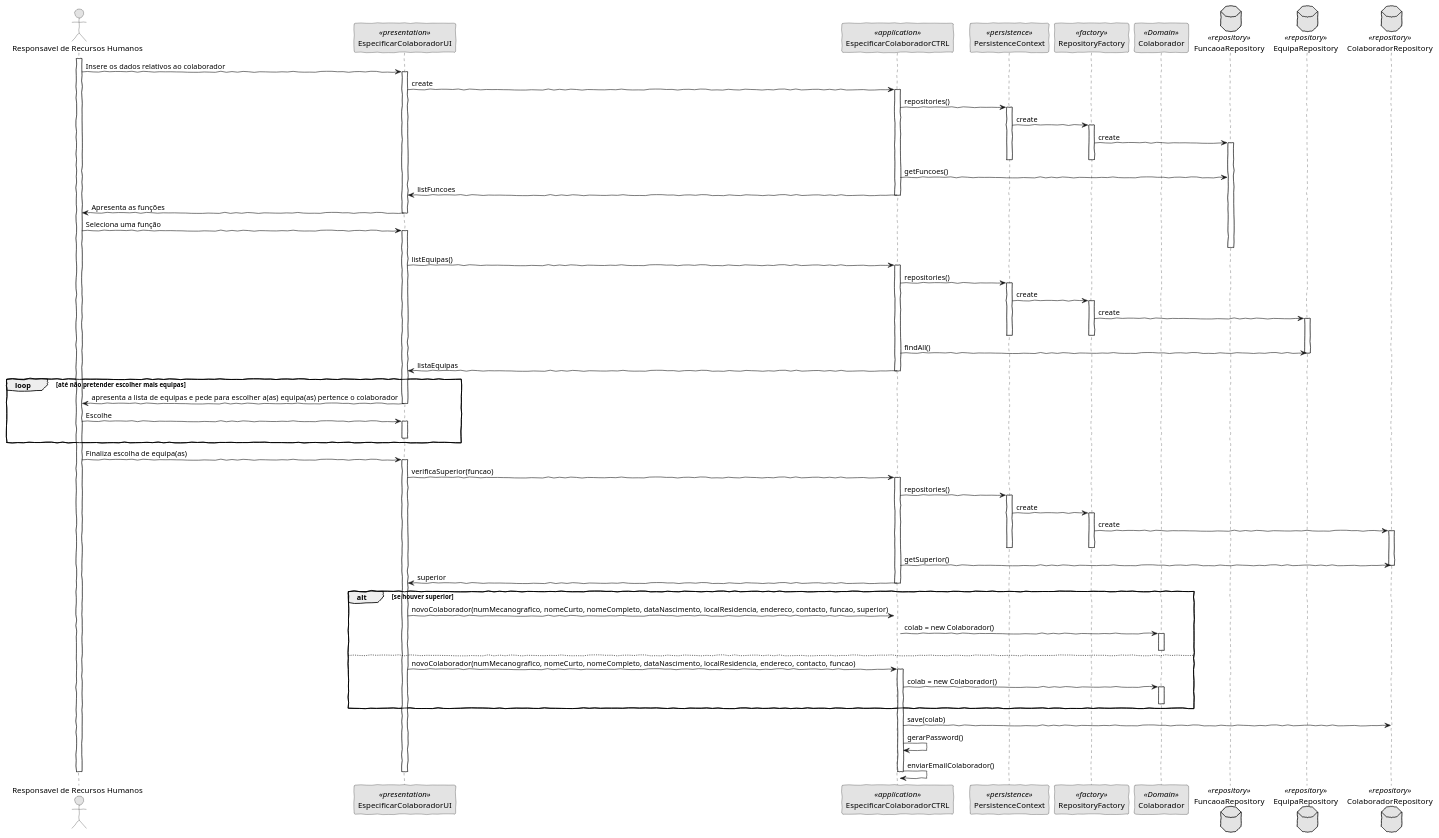
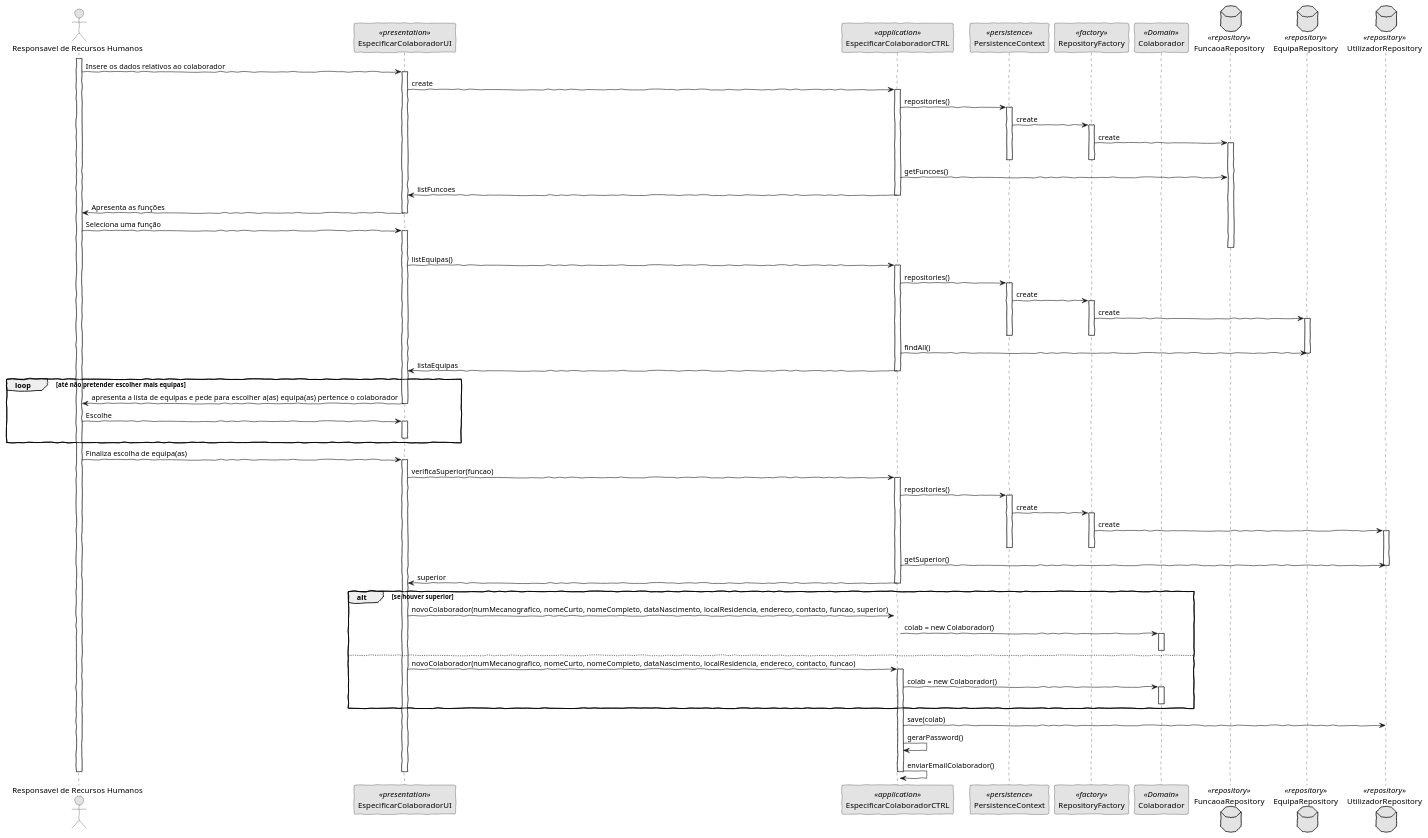
One commit to pedrolemos4/LAPR4 changed the diagram in docs/US2051/SD_Responsavel_Recursos_Humanos.puml. Above: the diagram before and after it, drawn with PlantUML. The commit also changed 3 other files, not shown here.

```diff
--- a/docs/US2051/SD_Responsavel_Recursos_Humanos.puml
+++ b/docs/US2051/SD_Responsavel_Recursos_Humanos.puml
@@ -1,102 +1,102 @@
 @startuml
 'http://plantuml.com/skinparam.html
 skinparam handwritten true
 skinparam monochrome true
 skinparam packageStyle rect
 skinparam defaultFontName FG Virgil
 skinparam shadowing false
 
 Actor "Responsavel de Recursos Humanos" as Actor
 participant EspecificarColaboradorUI as UI <<presentation>>
 participant EspecificarColaboradorCTRL as Controller <<application>>
 participant PersistenceContext as Persistence <<persistence>>
 participant RepositoryFactory as Factory <<factory>>
 participant Colaborador as Colaborador <<Domain>>
 database FuncaoaRepository as FRepository <<repository>>
 database EquipaRepository as ERepository <<repository>>
-database ColaboradorRepository as CRepository <<repository>>
+database UtilizadorRepository as CRepository <<repository>>
 
 
 activate Actor
       Actor -> UI: Insere os dados relativos ao colaborador
     activate UI
       UI -> Controller: create
     activate Controller
       Controller -> Persistence: repositories()
     activate Persistence
       Persistence -> Factory: create
     activate Factory
       Factory -> FRepository: create
     activate FRepository
     deactivate Factory
     deactivate Persistence
       Controller -> FRepository: getFuncoes()
       Controller -> UI: listFuncoes
     deactivate Controller
       UI -> Actor: Apresenta as funções
     deactivate UI
       Actor -> UI: Seleciona uma função
     activate UI
     deactivate FRepository
        UI -> Controller: listEquipas()
     activate Controller
       Controller -> Persistence: repositories()
     activate Persistence
       Persistence -> Factory: create
     activate Factory
       Factory -> ERepository: create
     activate ERepository
     deactivate Factory
     deactivate Persistence
       Controller -> ERepository: findAll()
     deactivate ERepository
       Controller -> UI: listaEquipas
     deactivate Controller
     loop até não pretender escolher mais equipas
       UI -> Actor: apresenta a lista de equipas e pede para escolher a(as) equipa(as) pertence o colaborador
     deactivate UI
       Actor -> UI: Escolhe
     activate UI
     deactivate UI
     end
 
       Actor -> UI: Finaliza escolha de equipa(as)
     activate UI
       UI -> Controller: verificaSuperior(funcao)
     activate Controller 
       Controller -> Persistence: repositories()
     activate Persistence
       Persistence -> Factory: create
     activate Factory
       Factory -> CRepository: create
     activate CRepository
     deactivate Factory
     deactivate Persistence
       Controller -> CRepository: getSuperior()
     deactivate CRepository
       Controller -> UI: superior
     deactivate Controller
 
     alt se houver superior
       UI -> Controller: novoColaborador(numMecanografico, nomeCurto, nomeCompleto, dataNascimento, localResidencia, endereco, contacto, funcao, superior)
     activate Controller
       Controller -> Colaborador: colab = new Colaborador()
     activate Colaborador
     deactivate Colaborador
     else 
       UI -> Controller: novoColaborador(numMecanografico, nomeCurto, nomeCompleto, dataNascimento, localResidencia, endereco, contacto, funcao)
     activate Controller
       Controller -> Colaborador: colab = new Colaborador()
     activate Colaborador
     deactivate Colaborador
     end
     activate CRepository
       Controller -> CRepository: save(colab)
     deactivate CRepository
       Controller -> Controller: gerarPassword() 
       Controller -> Controller: enviarEmailColaborador()
     deactivate Controller
     deactivate UI
 
 deactivate Actor
 @enduml
```
